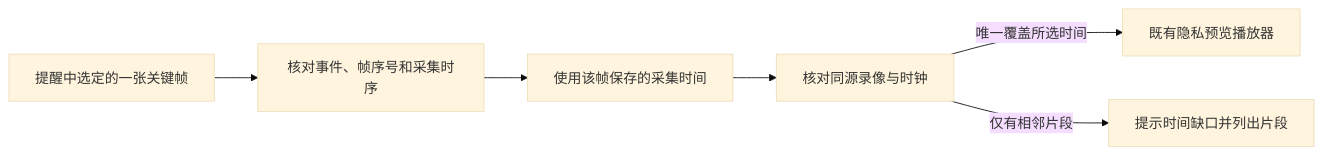
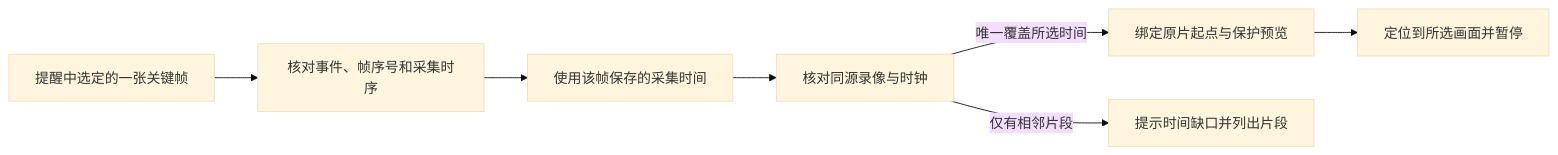
Before and after one commit to Geeprox/Friday: diagram 11 of 34 in docs/architecture.md, drawn with Mermaid (base theme). The commit also changed other lines of this file and 7 other files, not shown here.

````diff
--- a/docs/architecture.md
+++ b/docs/architecture.md
@@ -277,8 +277,9 @@
 ```mermaid
 flowchart LR
   A[提醒中选定的一张关键帧] --> B[核对事件、帧序号和采集时序]
   B --> C[使用该帧保存的采集时间]
   C --> D[核对同源录像与时钟]
-  D -->|唯一覆盖所选时间| E[既有隐私预览播放器]
+  D -->|唯一覆盖所选时间| E[绑定原片起点与保护预览]
+  E --> G[定位到所选画面并暂停]
   D -->|仅有相邻片段| F[提示时间缺口并列出片段]
 ```
````
